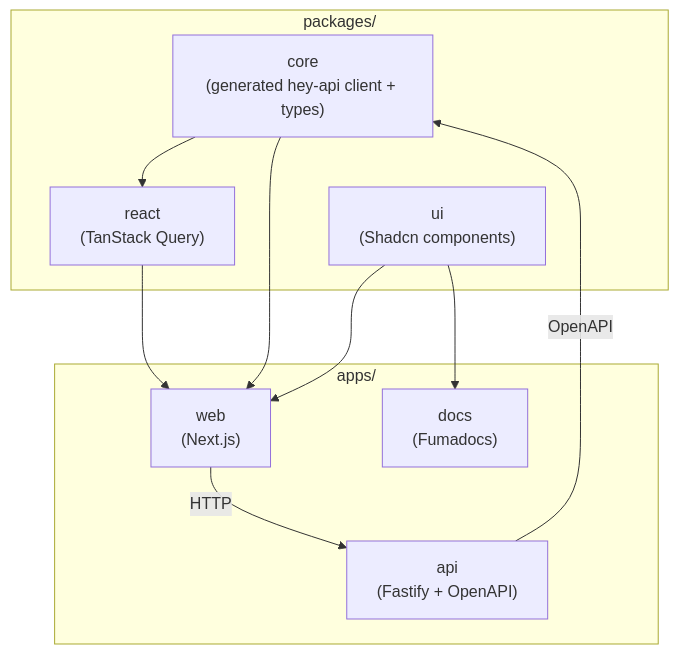
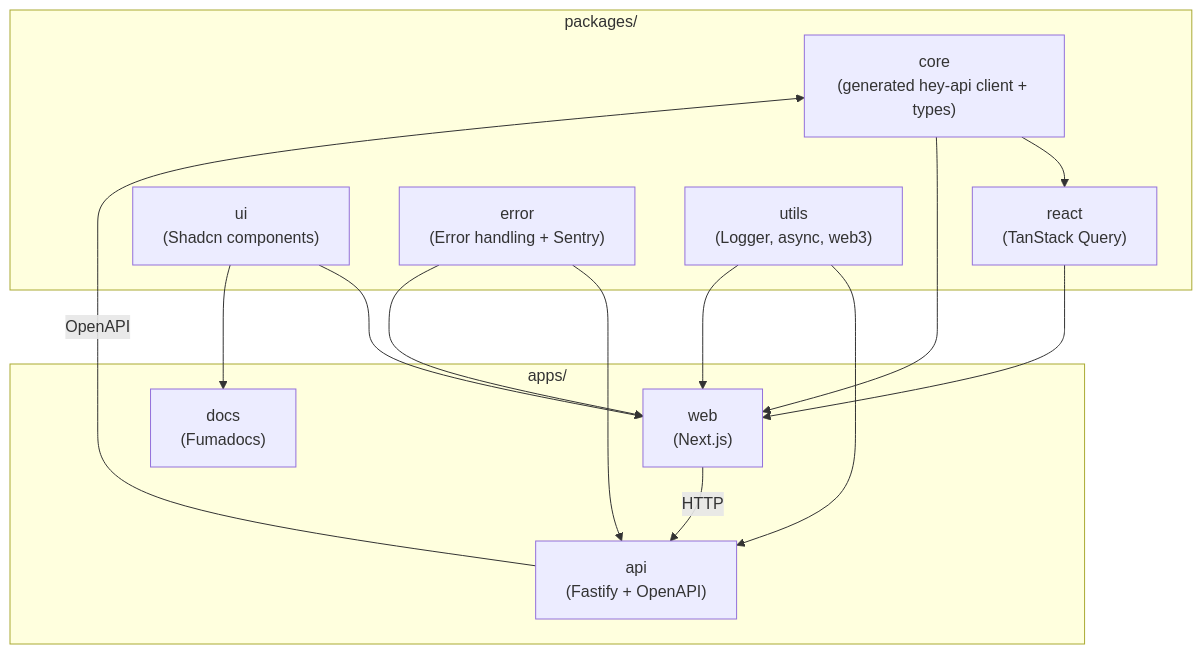
One commit to blockmatic/basilic-evm changed the diagram in apps/docs/content/docs/architecture/monorepo.mdx. Above: the diagram before and after it, drawn with Mermaid. The commit also changed other lines of this file and 209 other files, not shown here.

````diff
--- a/apps/docs/content/docs/architecture/monorepo.mdx
+++ b/apps/docs/content/docs/architecture/monorepo.mdx
@@ -29,22 +29,28 @@
 ```mermaid
 flowchart TB
   subgraph Packages["packages/"]
     Core["core<br/>(generated hey-api client + types)"]
     React["react<br/>(TanStack Query)"]
     UI["ui<br/>(Shadcn components)"]
+    Error["error<br/>(Error handling + Sentry)"]
+    Utils["utils<br/>(Logger, async, web3)"]
   end
 
   subgraph Apps["apps/"]
     API["api<br/>(Fastify + OpenAPI)"]
     Web["web<br/>(Next.js)"]
     Docs["docs<br/>(Fumadocs)"]
   end
 
   API -->|OpenAPI| Core
   Core --> React
   React --> Web
   Core --> Web
   UI --> Web
   UI --> Docs
+  Error --> API
+  Error --> Web
+  Utils --> API
+  Utils --> Web
   Web -->|HTTP| API
 ```
````
